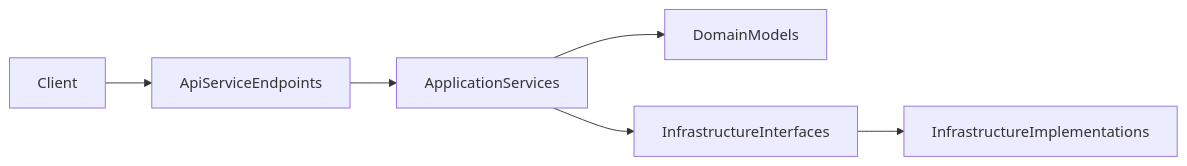
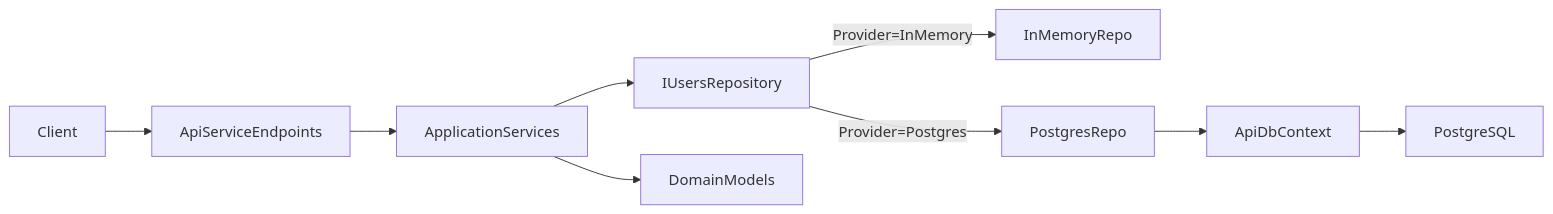
One commit to ztranger/CreativityAPI changed the diagram in Documentation/ApiServiceStructure.md. Above: the diagram before and after it, drawn with Mermaid. The commit also changed other lines of this file and 19 other files, not shown here.

````diff
--- a/Documentation/ApiServiceStructure.md
+++ b/Documentation/ApiServiceStructure.md
@@ -115,8 +130,11 @@
 ```mermaid
 flowchart LR
 Client --> ApiServiceEndpoints
 ApiServiceEndpoints --> ApplicationServices
+ApplicationServices --> IUsersRepository
 ApplicationServices --> DomainModels
-ApplicationServices --> InfrastructureInterfaces
-InfrastructureInterfaces --> InfrastructureImplementations
+IUsersRepository -->|"Provider=InMemory"| InMemoryRepo
+IUsersRepository -->|"Provider=Postgres"| PostgresRepo
+PostgresRepo --> ApiDbContext
+ApiDbContext --> PostgreSQL
 ```
````
